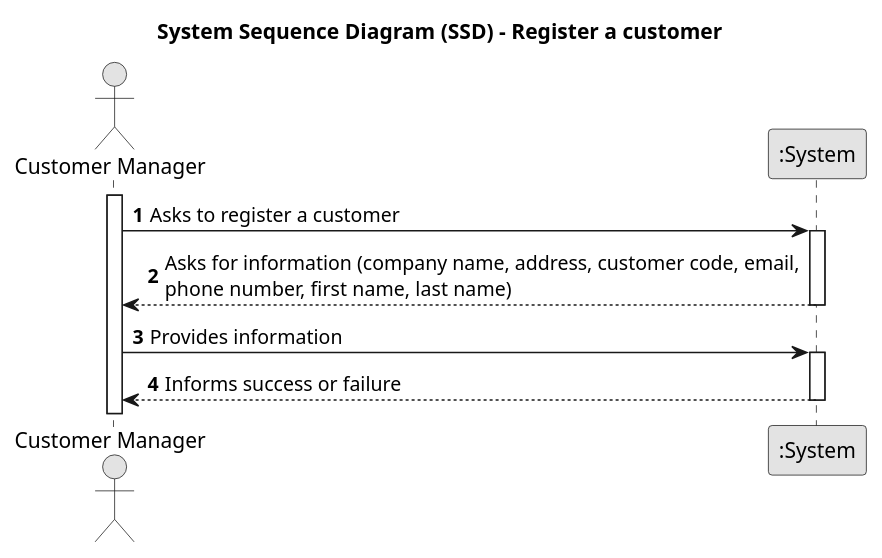
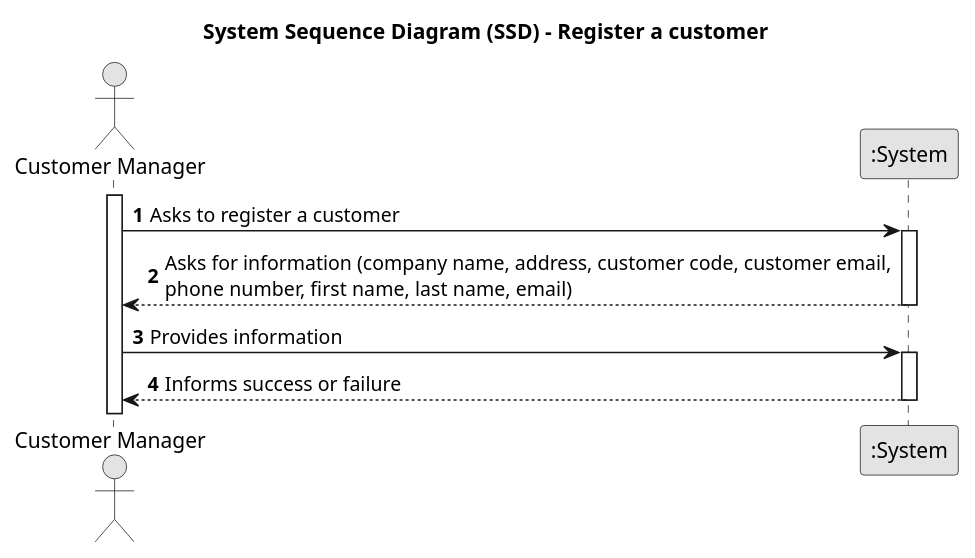
One commit to PureNimble/ISEP-LAPR4 changed the diagram in docs/sprintb/us_1001/01.requirements-engineering/puml/SSD-US1001.puml. Above: the diagram before and after it, drawn with PlantUML. The commit also changed 2 other files, not shown here.

```diff
--- a/docs/sprintb/us_1001/01.requirements-engineering/puml/SSD-US1001.puml
+++ b/docs/sprintb/us_1001/01.requirements-engineering/puml/SSD-US1001.puml
@@ -1,29 +1,29 @@
-@startuml
+@startuml SSD-US1001
 skinparam monochrome true
 skinparam packageStyle rectangle
 skinparam shadowing false
 
 title System Sequence Diagram (SSD) - Register a customer
 
 autonumber
 
 actor "Customer Manager" as CustomerManager
 participant ":System" as System
 
 activate CustomerManager
 
     CustomerManager -> System : Asks to register a customer
     activate System
 
-        System --> CustomerManager : Asks for information (company name, address, customer code, email,\nphone number, first name, last name)
+        System --> CustomerManager : Asks for information (company name, address, customer code, customer email,\nphone number, first name, last name, email)
 
     deactivate System
 
     CustomerManager -> System : Provides information
     activate System
 
         System --> CustomerManager : Informs success or failure
 
     deactivate System
 
 @enduml
```
